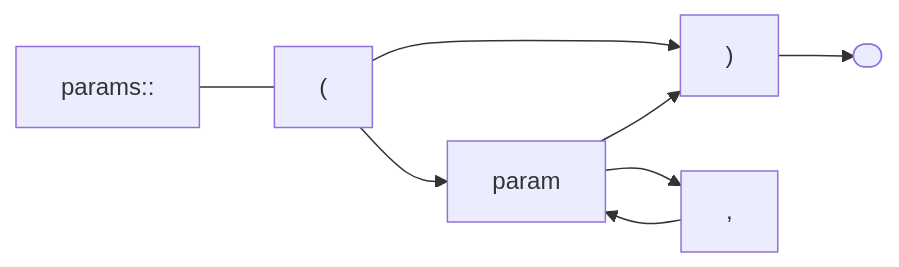
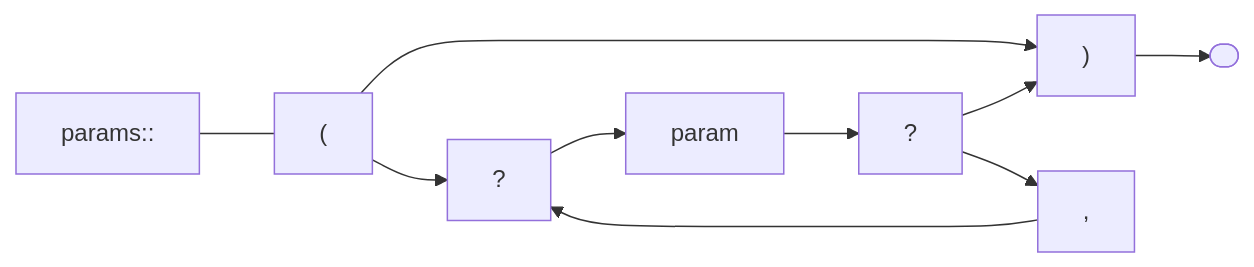
Before and after one commit to andrewfstratton/quandoscript: the seventh of 18 diagrams in README.md, drawn with Mermaid. The commit also changed other lines of this file, not shown here.

````diff
--- a/README.md
+++ b/README.md
@@ -52,7 +52,7 @@
 ```mermaid
 graph LR
-    stop([" "])
+    stop([ ])
     l --> r
-    params:: --- l["("]--> param-->r[")"]-->stop
-    param-->c[","]-->param
+    params:: --- l["("]-->?--> param-->rq[?]-->r[")"]-->stop
+    rq-->c[","]-->?
 ```
````
